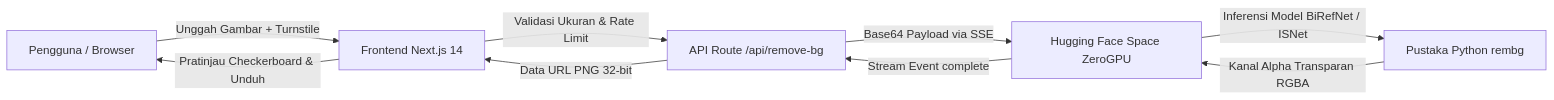
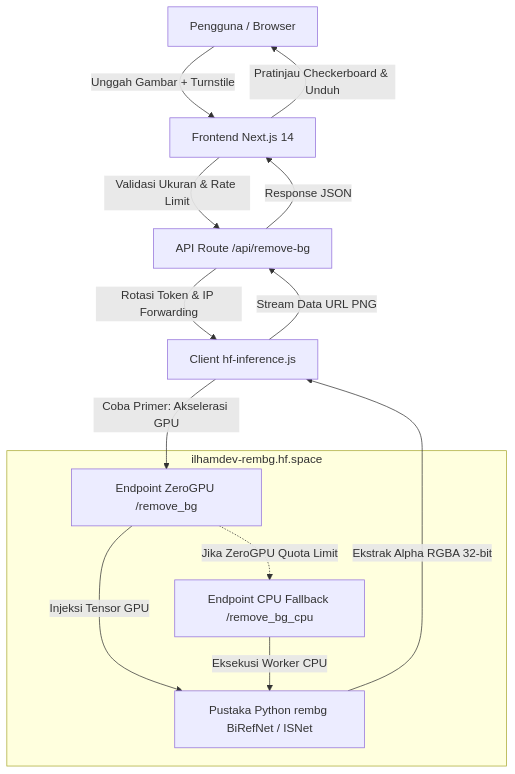
The diagram in README.md (RusdiEneri/rembg), drawn with Mermaid before and after one commit. The commit also changed other lines of this file and 3 other files, not shown here.

Commit message:
docs: update screenshots with edge-to-edge preview frames and document dual-engine architecture in README

````diff
--- a/README.md
+++ b/README.md
@@ -56,11 +60,21 @@
 ```mermaid
-flowchart LR
+flowchart TD
     A[Pengguna / Browser] -->|Unggah Gambar + Turnstile| B[Frontend Next.js 14]
     B -->|Validasi Ukuran & Rate Limit| C[API Route /api/remove-bg]
-    C -->|Base64 Payload via SSE| D[Hugging Face Space ZeroGPU]
-    D -->|Inferensi Model BiRefNet / ISNet| E[Pustaka Python rembg]
-    E -->|Kanal Alpha Transparan RGBA| D
-    D -->|Stream Event complete| C
-    C -->|Data URL PNG 32-bit| B
+    C -->|Rotasi Token & IP Forwarding| D[Client hf-inference.js]
+    
+    subgraph Hugging Face Space [ilhamdev-rembg.hf.space]
+        E[Endpoint ZeroGPU /remove_bg]
+        F[Endpoint CPU Fallback /remove_bg_cpu]
+        G[Pustaka Python rembg BiRefNet / ISNet]
+    end
+
+    D -->|Coba Primer: Akselerasi GPU| E
+    E -->|Injeksi Tensor GPU| G
+    E -.->|Jika ZeroGPU Quota Limit| F
+    F -->|Eksekusi Worker CPU| G
+    G -->|Ekstrak Alpha RGBA 32-bit| D
+    D -->|Stream Data URL PNG| C
+    C -->|Response JSON| B
     B -->|Pratinjau Checkerboard & Unduh| A
 ```
````
